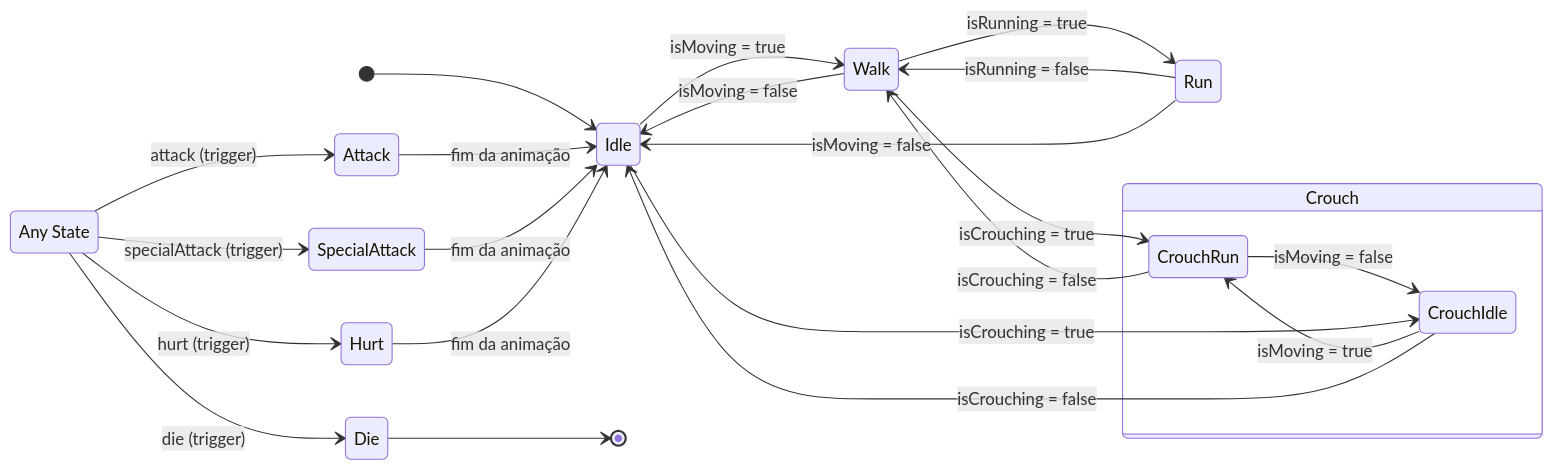
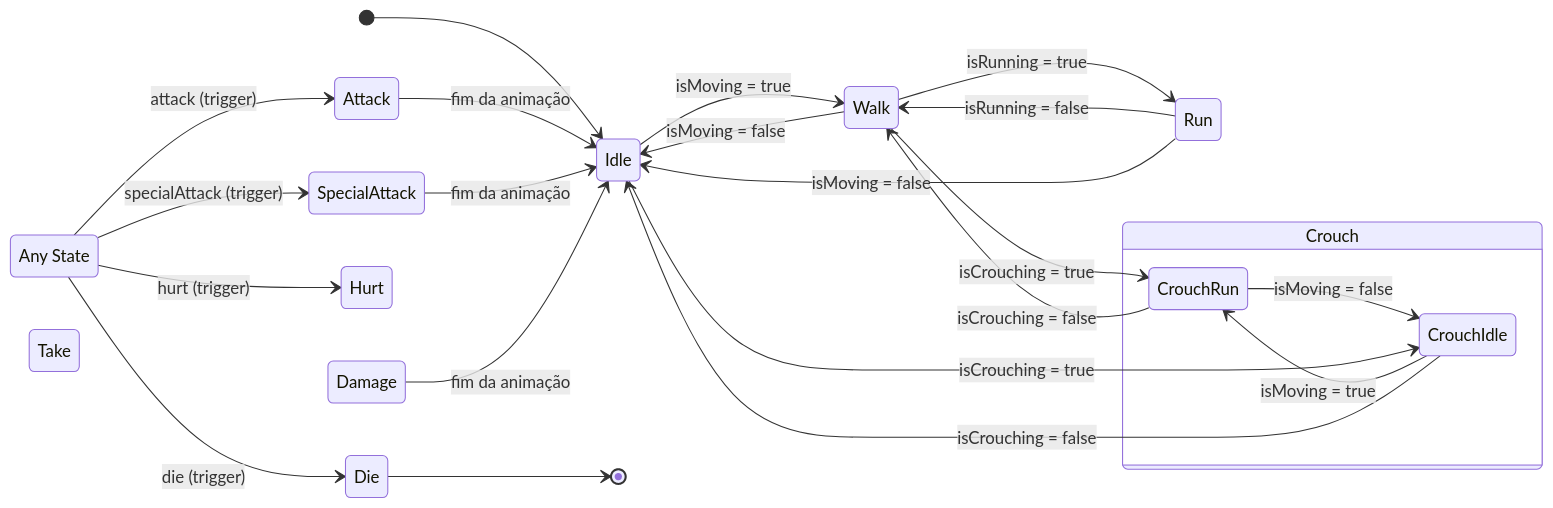
Before and after one commit to 4ferfer2l8/ProvaIA: the diagram in README.md, drawn with Mermaid. The commit also changed other lines of this file, not shown here.

Commit message:
Rename 'Hurt' state to 'Take Damage' in README

````diff
--- a/README.md
+++ b/README.md
@@ -21,37 +21,37 @@
 ```mermaid
 stateDiagram-v2
     direction LR
 
     [*] --> Idle
 
     Idle --> Walk: isMoving = true
     Walk --> Idle: isMoving = false
 
     Walk --> Run: isRunning = true
     Run --> Walk: isRunning = false
     Run --> Idle: isMoving = false
 
     state Crouch {
         direction LR
         CrouchIdle --> CrouchRun: isMoving = true
         CrouchRun --> CrouchIdle: isMoving = false
     }
 
     Idle --> CrouchIdle: isCrouching = true
     CrouchIdle --> Idle: isCrouching = false
     Walk --> CrouchRun: isCrouching = true
     CrouchRun --> Walk: isCrouching = false
 
     state "Any State" as AnyState
 
     AnyState --> Attack: attack (trigger)
     AnyState --> SpecialAttack: specialAttack (trigger)
     AnyState --> Hurt: hurt (trigger)
     AnyState --> Die: die (trigger)
 
     Attack --> Idle: fim da animação
     SpecialAttack --> Idle: fim da animação
-    Hurt --> Idle: fim da animação
+    Take Damage --> Idle: fim da animação
 
     Die --> [*]
 ```
````
